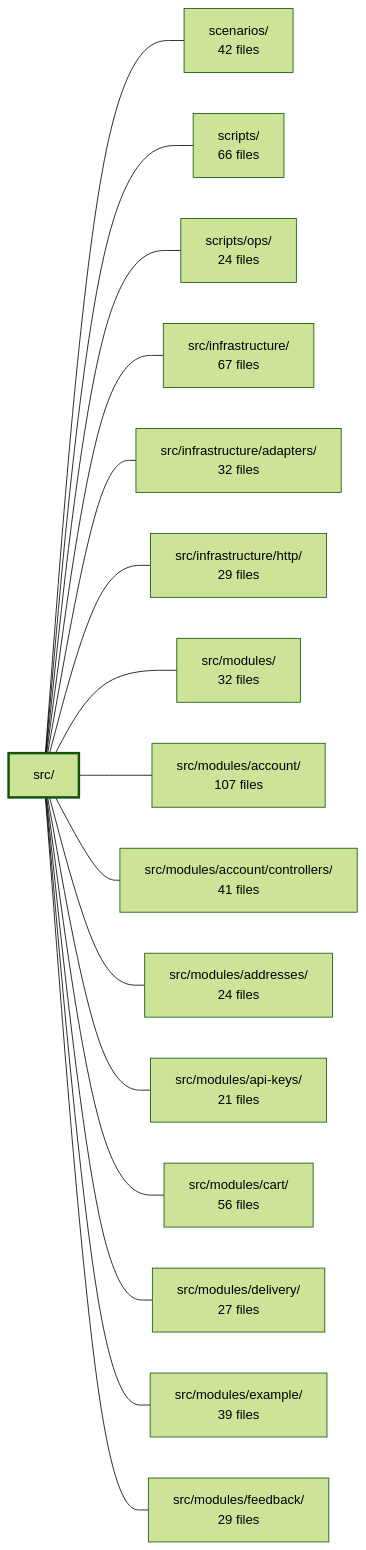
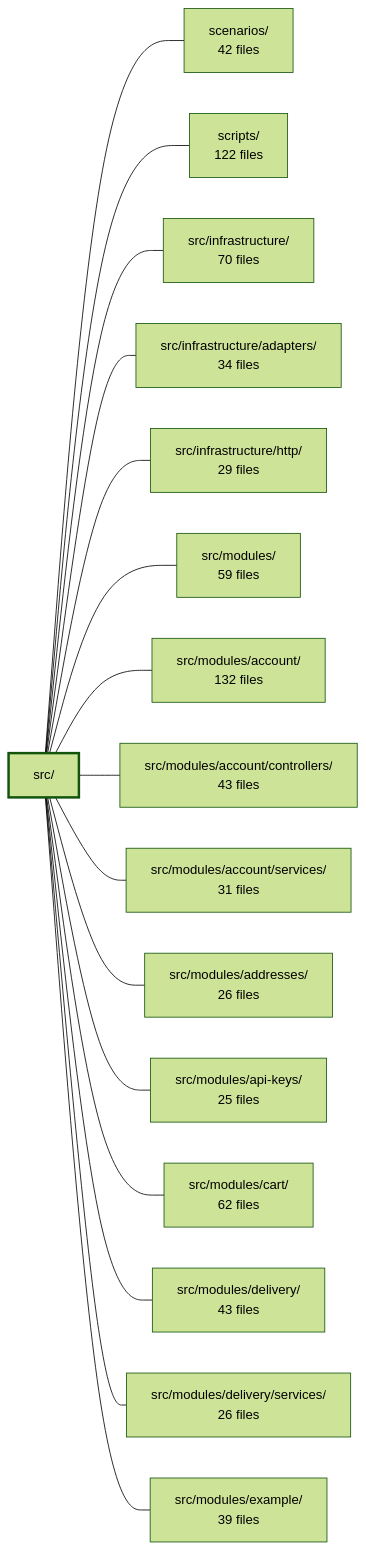
Before and after one commit to Guebbit/boilerplate-node-backend: the diagram in .2brain/modules/boilerplate-node-backend_src.md, drawn with Mermaid (forest theme). The commit also changed other lines of this file and 627 other files, not shown here.

````diff
--- a/.2brain/modules/boilerplate-node-backend_src.md
+++ b/.2brain/modules/boilerplate-node-backend_src.md
@@ -40,35 +39,35 @@
 ```mermaid
 flowchart LR
     m_src["src/"]
     m_scenarios["scenarios/<br/>42 files"]
-    m_scripts["scripts/<br/>66 files"]
-    m_scripts_ops["scripts/ops/<br/>24 files"]
-    m_src_infrastructure["src/infrastructure/<br/>67 files"]
-    m_src_infrastructure_adapters["src/infrastructure/adapters/<br/>32 files"]
+    m_scripts["scripts/<br/>122 files"]
+    m_src_infrastructure["src/infrastructure/<br/>70 files"]
+    m_src_infrastructure_adapters["src/infrastructure/adapters/<br/>34 files"]
     m_src_infrastructure_http["src/infrastructure/http/<br/>29 files"]
-    m_src_modules["src/modules/<br/>32 files"]
-    m_src_modules_account["src/modules/account/<br/>107 files"]
-    m_src_modules_account_controllers["src/modules/account/controllers/<br/>41 files"]
-    m_src_modules_addresses["src/modules/addresses/<br/>24 files"]
-    m_src_modules_api_keys["src/modules/api-keys/<br/>21 files"]
-    m_src_modules_cart["src/modules/cart/<br/>56 files"]
-    m_src_modules_delivery["src/modules/delivery/<br/>27 files"]
+    m_src_modules["src/modules/<br/>59 files"]
+    m_src_modules_account["src/modules/account/<br/>132 files"]
+    m_src_modules_account_controllers["src/modules/account/controllers/<br/>43 files"]
+    m_src_modules_account_services["src/modules/account/services/<br/>31 files"]
+    m_src_modules_addresses["src/modules/addresses/<br/>26 files"]
+    m_src_modules_api_keys["src/modules/api-keys/<br/>25 files"]
+    m_src_modules_cart["src/modules/cart/<br/>62 files"]
+    m_src_modules_delivery["src/modules/delivery/<br/>43 files"]
+    m_src_modules_delivery_services["src/modules/delivery/services/<br/>26 files"]
     m_src_modules_example["src/modules/example/<br/>39 files"]
-    m_src_modules_feedback["src/modules/feedback/<br/>29 files"]
     m_src --- m_scenarios
     m_src --- m_scripts
-    m_src --- m_scripts_ops
     m_src --- m_src_infrastructure
     m_src --- m_src_infrastructure_adapters
     m_src --- m_src_infrastructure_http
     m_src --- m_src_modules
     m_src --- m_src_modules_account
     m_src --- m_src_modules_account_controllers
+    m_src --- m_src_modules_account_services
     m_src --- m_src_modules_addresses
     m_src --- m_src_modules_api_keys
     m_src --- m_src_modules_cart
     m_src --- m_src_modules_delivery
+    m_src --- m_src_modules_delivery_services
     m_src --- m_src_modules_example
-    m_src --- m_src_modules_feedback
     style m_src stroke-width:3px
 ```
````
